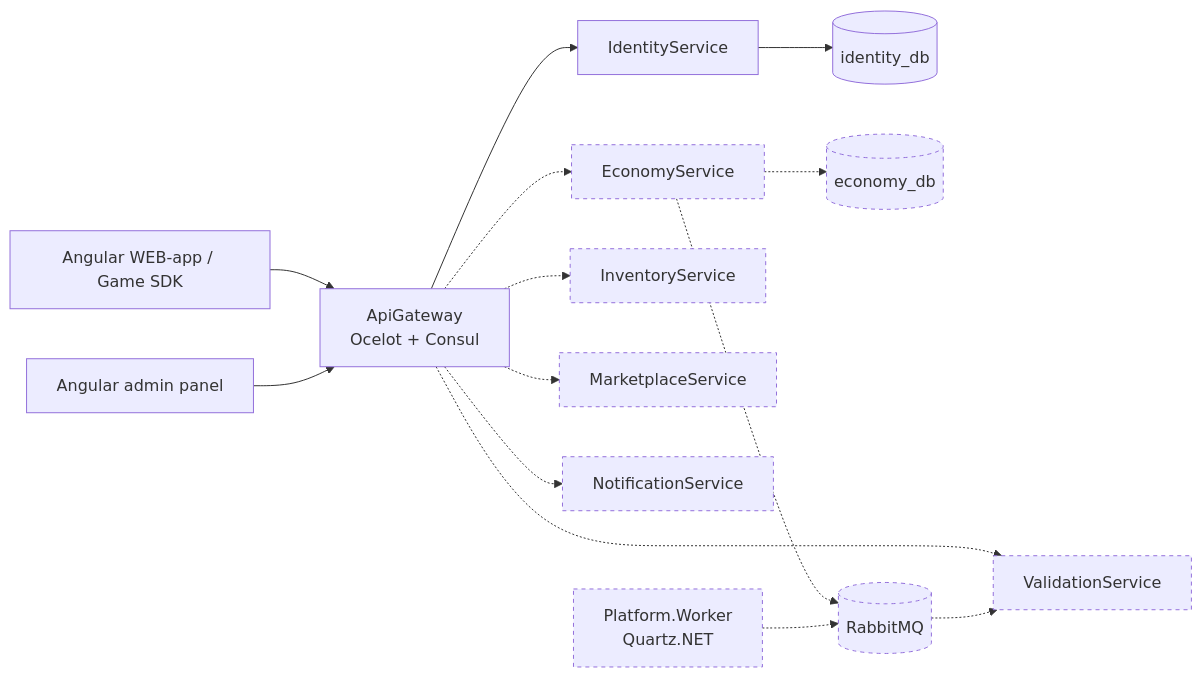
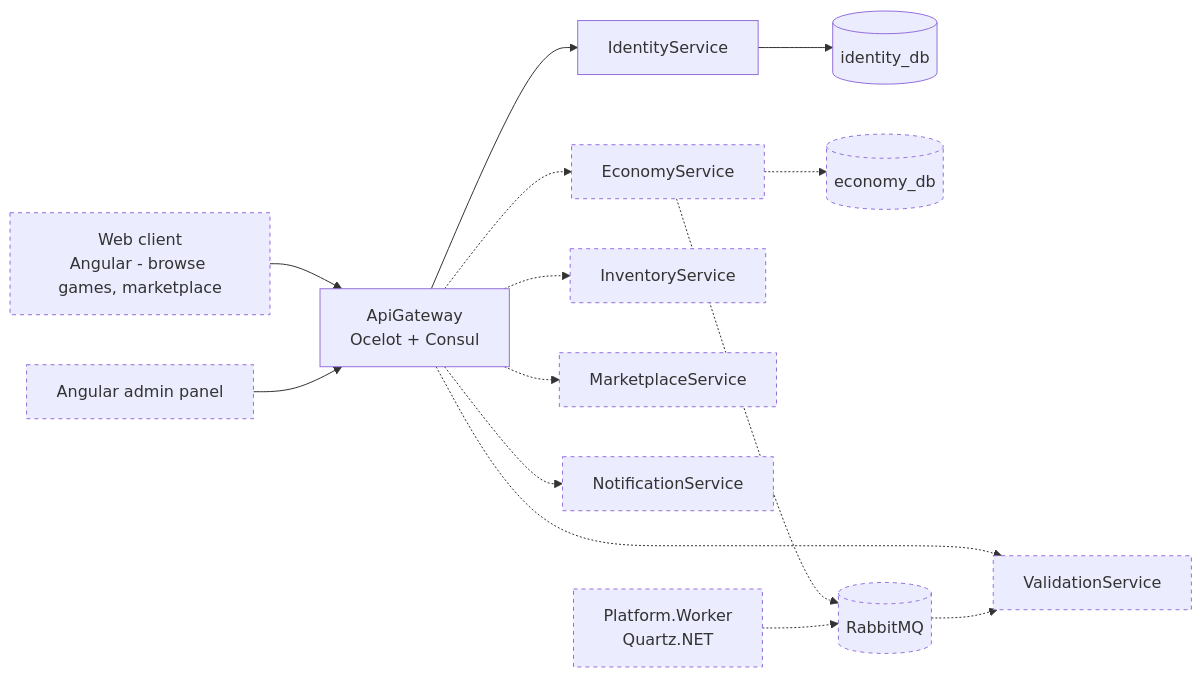
The diagram in docs/architecture.md (alex-shepel-oo/gaming-backend-platform), drawn with Mermaid before and after one commit. The commit also changed other lines of this file, not shown here.

Commit message:
docs: document architecture, web-first priority, and cleanup job requirements

````diff
--- a/docs/architecture.md
+++ b/docs/architecture.md
@@ -3,23 +3,25 @@
 ```mermaid
 flowchart LR
-    Client[Angular WEB-app / Game SDK] --> GW
-    Admin[Angular admin panel] --> GW
+    WebClient[Web client<br/>Angular - browse games, marketplace]
+    Admin[Angular admin panel]
+    WebClient --> GW
+    Admin --> GW
     GW[ApiGateway<br/>Ocelot + Consul]
 
     GW --> ID[IdentityService]
     GW -.-> EC[EconomyService]
     GW -.-> INV[InventoryService]
     GW -.-> MP[MarketplaceService]
     GW -.-> VAL[ValidationService]
     GW -.-> NOT[NotificationService]
 
     ID --> IDDB[(identity_db)]
     EC -.-> ECDB[(economy_db)]
 
     EC -.-> MQ[(RabbitMQ)]
     MQ -.-> VAL
     W[Platform.Worker<br/>Quartz.NET] -.-> MQ
 
     classDef planned stroke-dasharray: 4 4;
-    class EC,INV,MP,VAL,NOT,ECDB,MQ,W planned
+    class WebClient,Admin,EC,INV,MP,VAL,NOT,ECDB,MQ,W planned
 ```
````
